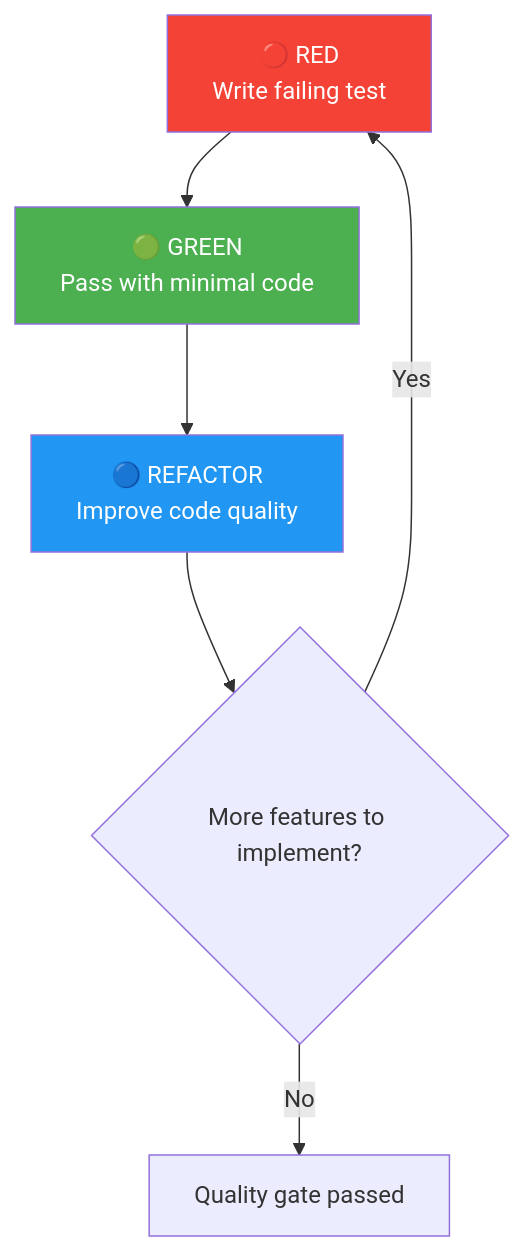
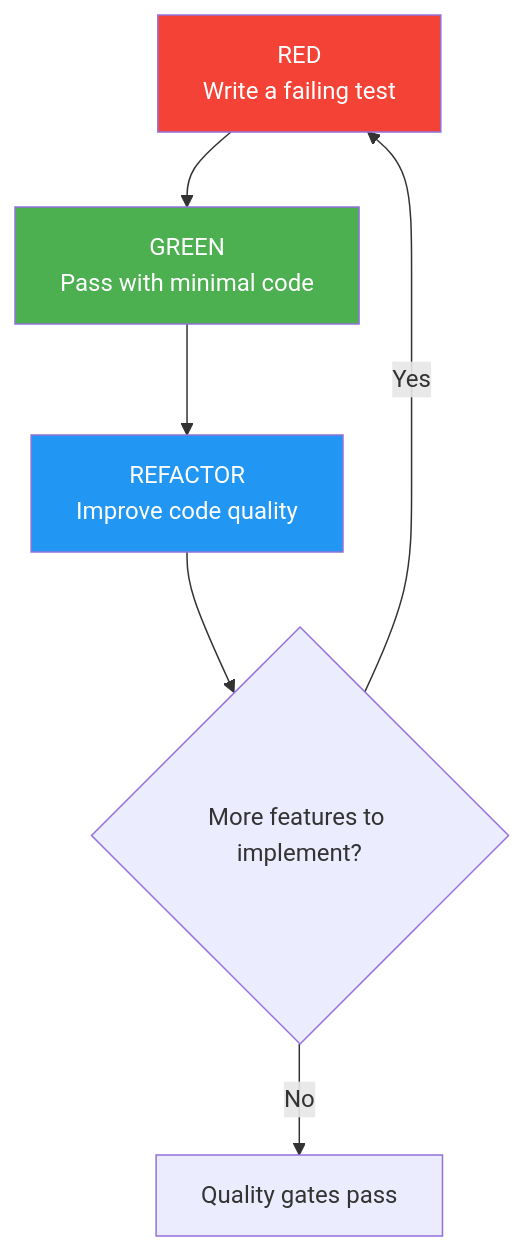
One commit to modu-ai/moai-adk changed the fourth of 9 diagrams in docs-site/content/en/getting-started/quickstart.md. Above: the diagram before and after it, drawn with Mermaid. The commit also changed other lines of this file and 395 other files, not shown here.

````diff
--- a/docs-site/content/en/getting-started/quickstart.md
+++ b/docs-site/content/en/getting-started/quickstart.md
@@ -156,11 +156,11 @@
 ```mermaid
 flowchart TD
-    A["🔴 RED<br/>Write failing test"] --> B["🟢 GREEN<br/>Pass with minimal code"]
-    B --> C["🔵 REFACTOR<br/>Improve code quality"]
+    A["RED<br/>Write a failing test"] --> B["GREEN<br/>Pass with minimal code"]
+    B --> C["REFACTOR<br/>Improve code quality"]
     C --> D{"More features to implement?"}
     D -->|Yes| A
-    D -->|No| E["Quality gate passed"]
+    D -->|No| E["Quality gates pass"]
     style A fill:#f44336,color:#fff
     style B fill:#4CAF50,color:#fff
     style C fill:#2196F3,color:#fff
 ```
````
